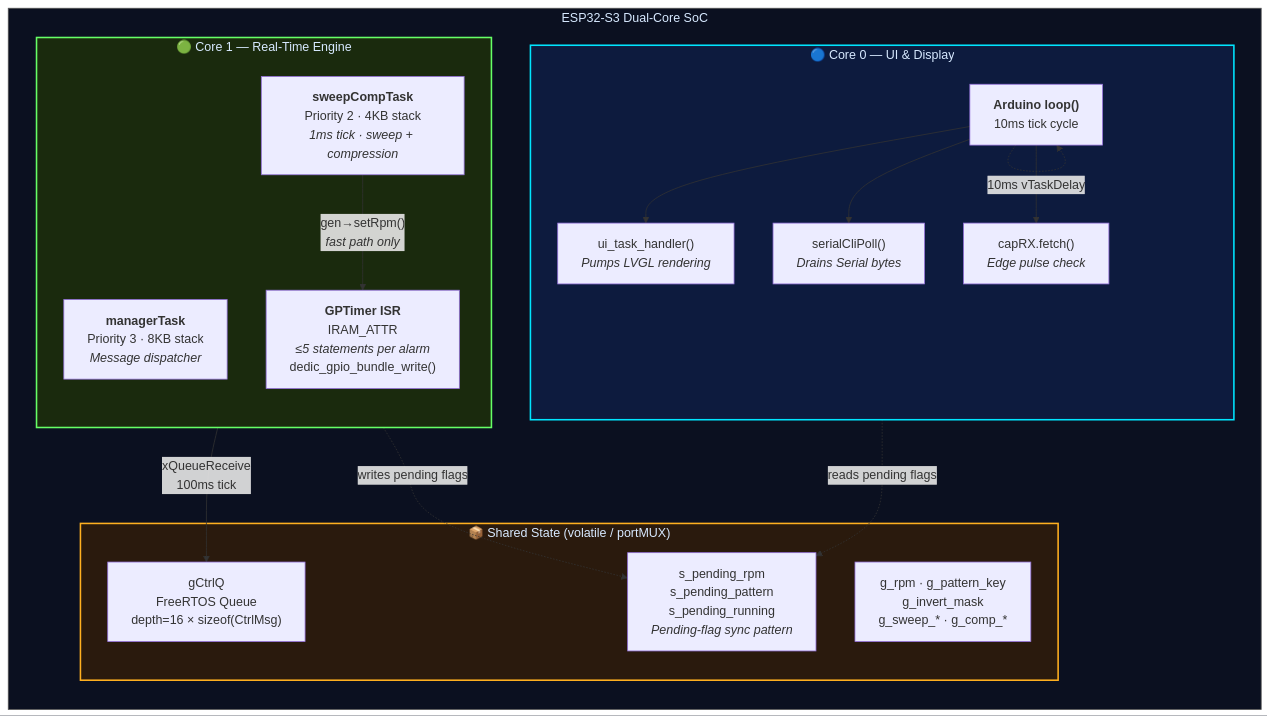
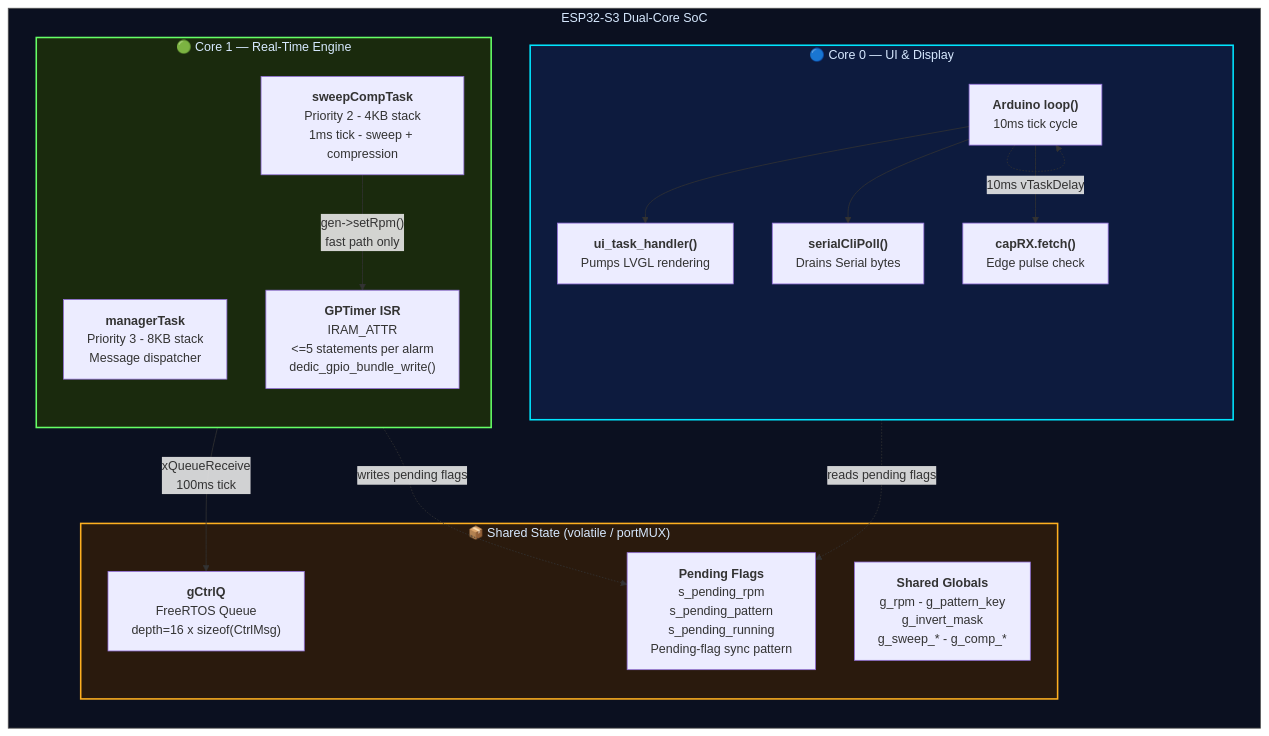
The first of 11 diagrams in _0.Overview-Diagram/architecture_diagram.md (mfares-88/Signal_Generator), drawn with Mermaid before and after one commit. The commit also changed other lines of this file and 3 other files, not shown here.

````diff
--- a/_0.Overview-Diagram/architecture_diagram.md
+++ b/_0.Overview-Diagram/architecture_diagram.md
@@ -12,42 +12,64 @@
 ```mermaid
 graph TB
     subgraph ESP32_S3["ESP32-S3 Dual-Core SoC"]
         direction TB
 
         subgraph Core0["🔵 Core 0 — UI & Display"]
             direction TB
-            LOOP["<b>Arduino loop()</b><br/>10ms tick cycle"]
-            LVGL_PUMP["ui_task_handler()<br/><i>Pumps LVGL rendering</i>"]
-            SERIAL_POLL["serialCliPoll()<br/><i>Drains Serial bytes</i>"]
-            CAP_FETCH["capRX.fetch()<br/><i>Edge pulse check</i>"]
+            LOOP["`**Arduino loop()**
+            10ms tick cycle`"]
+            LVGL_PUMP["`**ui_task_handler()**
+            Pumps LVGL rendering`"]
+            SERIAL_POLL["`**serialCliPoll()**
+            Drains Serial bytes`"]
+            CAP_FETCH["`**capRX.fetch()**
+            Edge pulse check`"]
 
             LOOP --> LVGL_PUMP
             LOOP --> SERIAL_POLL
             LOOP --> CAP_FETCH
         end
 
         subgraph Core1["🟢 Core 1 — Real-Time Engine"]
             direction TB
-            MGR["<b>managerTask</b><br/>Priority 3 · 8KB stack<br/><i>Message dispatcher</i>"]
-            SWP["<b>sweepCompTask</b><br/>Priority 2 · 4KB stack<br/><i>1ms tick · sweep + compression</i>"]
-            ISR["<b>GPTimer ISR</b><br/>IRAM_ATTR<br/><i>≤5 statements per alarm</i><br/>dedic_gpio_bundle_write()"]
+            MGR["`**managerTask**
+            Priority 3 - 8KB stack
+            Message dispatcher`"]
+            SWP["`**sweepCompTask**
+            Priority 2 - 4KB stack
+            1ms tick - sweep + compression`"]
+            ISR["`**GPTimer ISR**
+            IRAM_ATTR
+            <=5 statements per alarm
+            dedic_gpio_bundle_write()`"]
         end
 
         subgraph SharedState["📦 Shared State (volatile / portMUX)"]
-            QUEUE["gCtrlQ<br/>FreeRTOS Queue<br/>depth=16 × sizeof(CtrlMsg)"]
-            GLOBALS["g_rpm · g_pattern_key<br/>g_invert_mask<br/>g_sweep_* · g_comp_*"]
-            PENDING["s_pending_rpm<br/>s_pending_pattern<br/>s_pending_running<br/><i>Pending-flag sync pattern</i>"]
+            QUEUE["`**gCtrlQ**
+            FreeRTOS Queue
+            depth=16 x sizeof(CtrlMsg)`"]
+            GLOBALS["`**Shared Globals**
+            g_rpm - g_pattern_key
+            g_invert_mask
+            g_sweep_* - g_comp_*`"]
+            PENDING["`**Pending Flags**
+            s_pending_rpm
+            s_pending_pattern
+            s_pending_running
+            Pending-flag sync pattern`"]
         end
     end
 
     LOOP -.->|"10ms vTaskDelay"| LOOP
-    MGR -->|"xQueueReceive<br/>100ms tick"| QUEUE
+    MGR -->|"`xQueueReceive
+    100ms tick`"| QUEUE
     LVGL_PUMP -.->|"reads pending flags"| PENDING
     MGR -.->|"writes pending flags"| PENDING
-    SWP -->|"gen→setRpm()<br/><i>fast path only</i>"| ISR
+    SWP -->|"`gen->setRpm()
+    fast path only`"| ISR
 
     style Core0 fill:#0d1b3e,stroke:#00E5FF,stroke-width:2px,color:#D7E9FF
     style Core1 fill:#1a2a0d,stroke:#66FF66,stroke-width:2px,color:#D7E9FF
     style SharedState fill:#2a1a0d,stroke:#FFB020,stroke-width:2px,color:#D7E9FF
     style ESP32_S3 fill:#0B1020,stroke:#555,color:#D7E9FF
 ```
````
